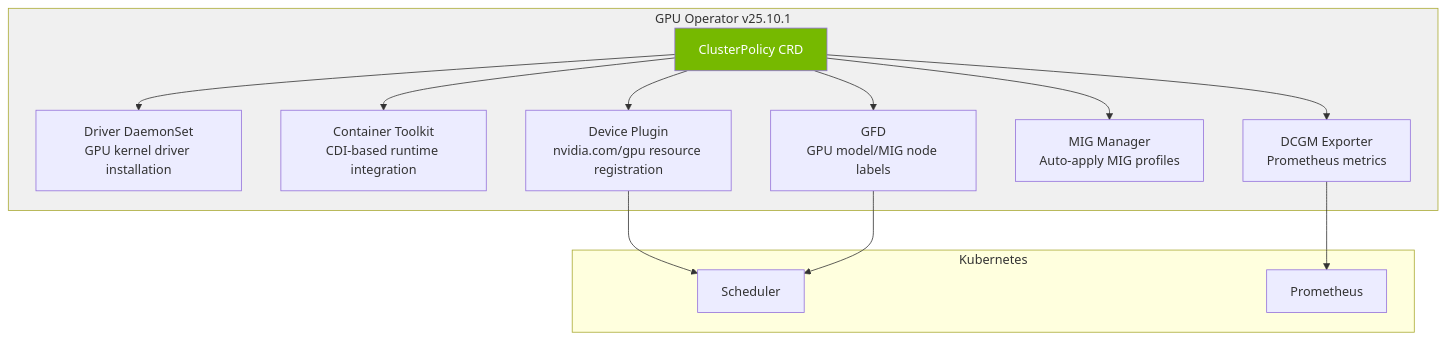
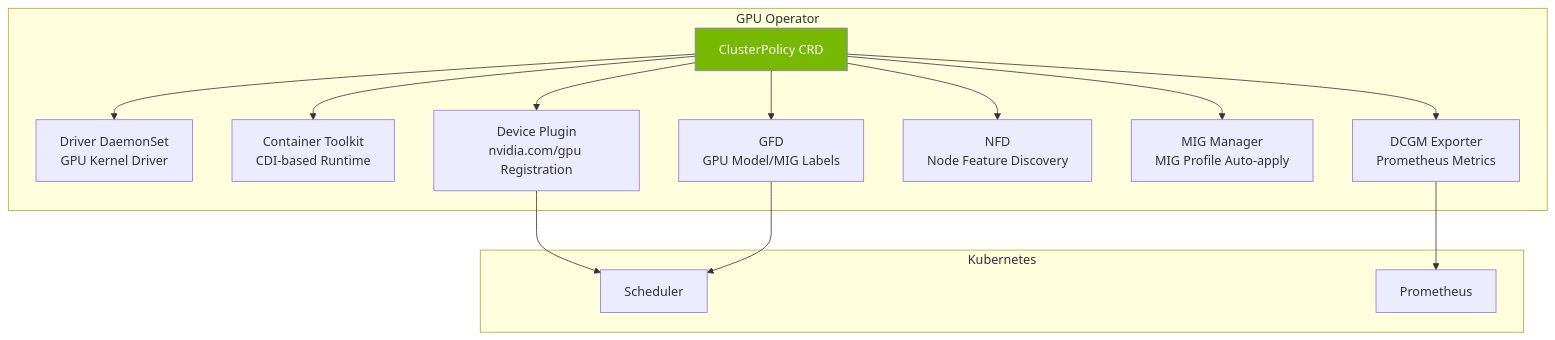
The first of 2 diagrams in i18n/en/docusaurus-plugin-content-docs/current/agentic-ai-platform/model-serving/nvidia-gpu-stack.md (devfloor9/engineering-playbook), drawn with Mermaid before and after one commit. The commit also changed other lines of this file and 95 other files, not shown here.

````diff
--- a/i18n/en/docusaurus-plugin-content-docs/current/agentic-ai-platform/model-serving/nvidia-gpu-stack.md
+++ b/i18n/en/docusaurus-plugin-content-docs/current/agentic-ai-platform/model-serving/nvidia-gpu-stack.md
@@ -125,24 +55,24 @@
 ```mermaid
 flowchart TB
-    subgraph GPUOperator["GPU Operator v25.10.1"]
+    subgraph GPUOperator["GPU Operator"]
         CP["ClusterPolicy CRD"]
-        CP --> DRIVER["Driver DaemonSet<br/>GPU kernel driver installation"]
-        CP --> TOOLKIT["Container Toolkit<br/>CDI-based runtime integration"]
-        CP --> DP["Device Plugin<br/>nvidia.com/gpu resource registration"]
-        CP --> GFD["GFD<br/>GPU model/MIG node labels"]
-        CP --> MIG_MGR["MIG Manager<br/>Auto-apply MIG profiles"]
-        CP --> DCGM_E["DCGM Exporter<br/>Prometheus metrics"]
+        CP --> DRIVER["Driver DaemonSet<br/>GPU Kernel Driver"]
+        CP --> TOOLKIT["Container Toolkit<br/>CDI-based Runtime"]
+        CP --> DP["Device Plugin<br/>nvidia.com/gpu Registration"]
+        CP --> GFD["GFD<br/>GPU Model/MIG Labels"]
+        CP --> NFD["NFD<br/>Node Feature Discovery"]
+        CP --> MIG_MGR["MIG Manager<br/>MIG Profile Auto-apply"]
+        CP --> DCGM_E["DCGM Exporter<br/>Prometheus Metrics"]
     end
 
     subgraph K8s["Kubernetes"]
         SCHED["Scheduler"]
         PROM["Prometheus"]
     end
 
     DP --> SCHED
     GFD --> SCHED
     DCGM_E --> PROM
 
     style CP fill:#76b900,color:#fff
-    style GPUOperator fill:#f0f0f0
 ```
````
